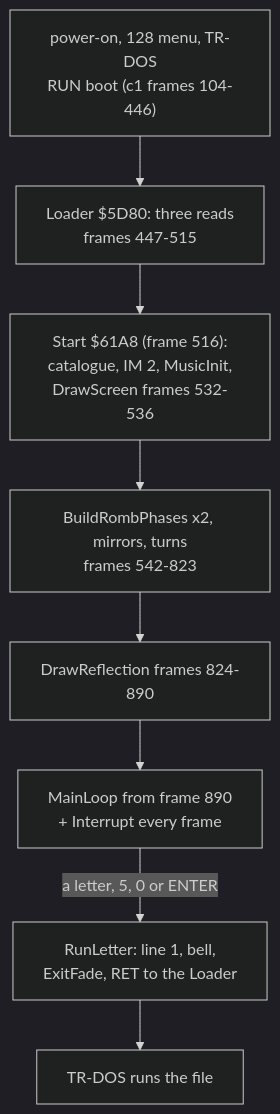
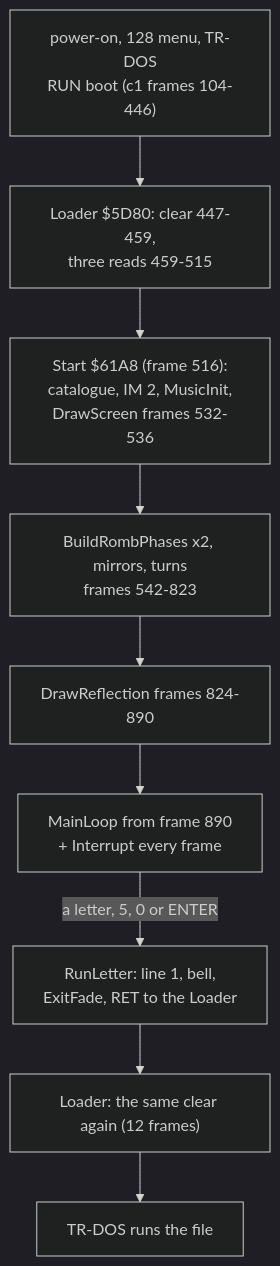
Before and after one commit to alfishe/unrealng-reverse-cases: the first of 3 diagrams in software/zyx-boot/docs/02-architecture.md, drawn with Mermaid (dark theme). The commit also changed other lines of this file and 45 other files, not shown here.

Commit message:
ZYX boot: review round 1 fixes (three reviews, 71 findings; recordings c7-c10, packers and cipher in doc 13)

````diff
--- a/software/zyx-boot/docs/02-architecture.md
+++ b/software/zyx-boot/docs/02-architecture.md
@@ -58,10 +77,11 @@
 ```mermaid
 flowchart TD
-    P["power-on, 128 menu, TR-DOS<br/>RUN boot (c1 frames 104-446)"] --> L["Loader $5D80: three reads<br/>frames 447-515"]
+    P["power-on, 128 menu, TR-DOS<br/>RUN boot (c1 frames 104-446)"] --> L["Loader $5D80: clear 447-459,<br/>three reads 459-515"]
     L --> S["Start $61A8 (frame 516):<br/>catalogue, IM 2, MusicInit,<br/>DrawScreen frames 532-536"]
     S --> B["BuildRombPhases x2, mirrors, turns<br/>frames 542-823"]
     B --> R["DrawReflection frames 824-890"]
     R --> M["MainLoop from frame 890<br/>+ Interrupt every frame"]
     M -->|"a letter, 5, 0 or ENTER"| X["RunLetter: line 1, bell,<br/>ExitFade, RET to the Loader"]
-    X --> T["TR-DOS runs the file"]
+    X --> Z["Loader: the same clear again (12 frames)"]
+    Z --> T["TR-DOS runs the file"]
 ```
````
